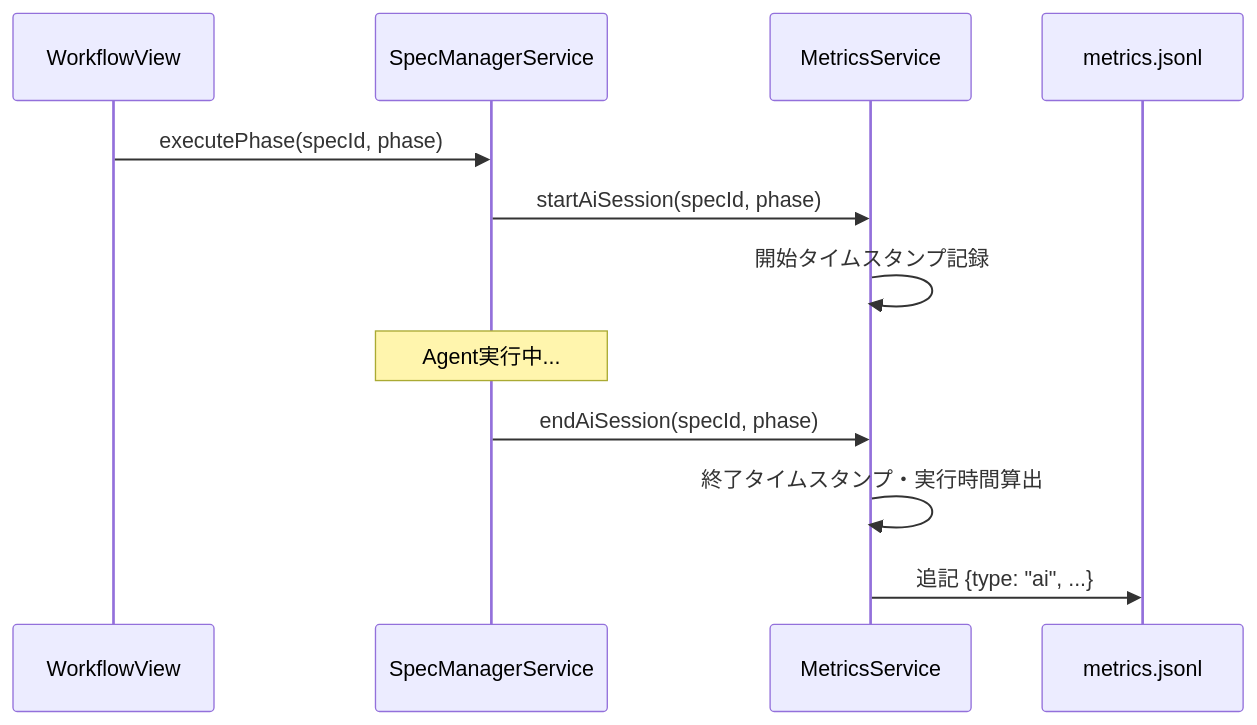
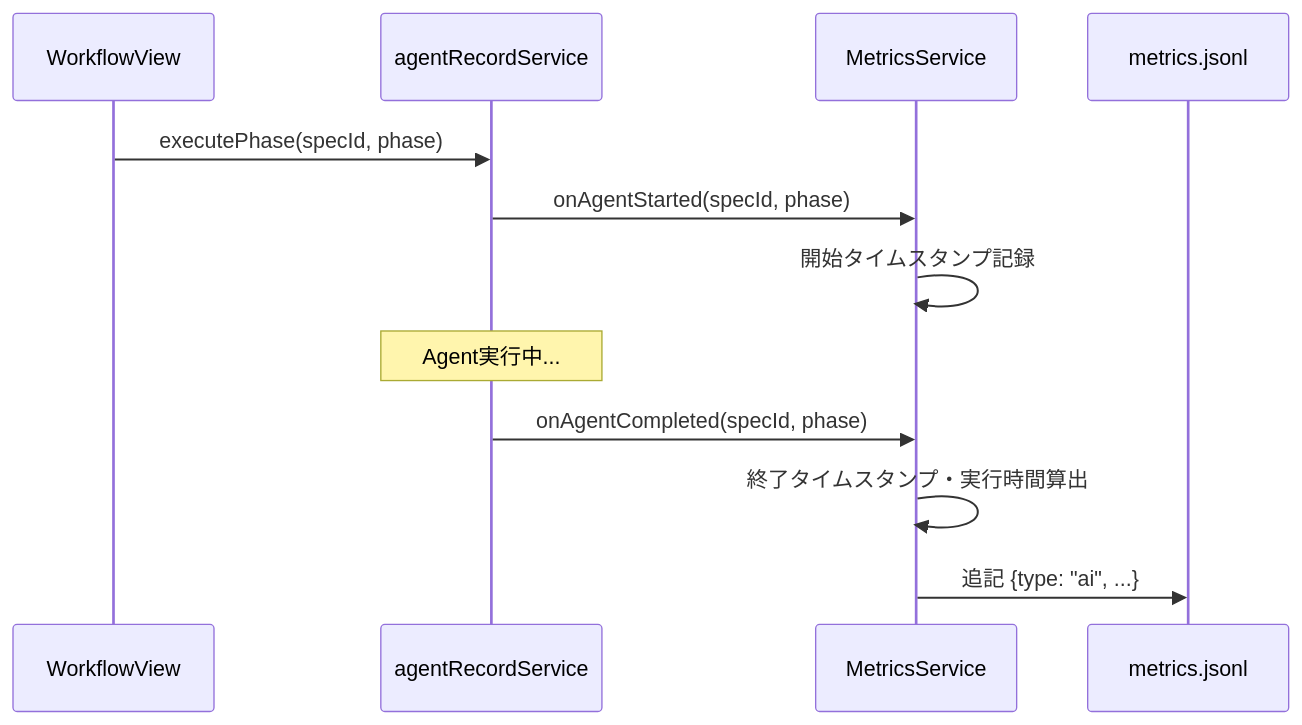
The second of 4 diagrams in .kiro/specs/spec-productivity-metrics/design.md (hummer98/sdd-orchestrator), drawn with Mermaid before and after one commit. The commit also changed other lines of this file and 2 other files, not shown here.

First line of the commit message:
docs(spec): spec-productivity-metricsの設計をagentStore/SSOT構造に整合

````diff
--- a/.kiro/specs/spec-productivity-metrics/design.md
+++ b/.kiro/specs/spec-productivity-metrics/design.md
@@ -91,17 +97,17 @@
 ```mermaid
 sequenceDiagram
     participant UI as WorkflowView
-    participant Service as SpecManagerService
+    participant Agent as agentRecordService
     participant Metrics as MetricsService
     participant File as metrics.jsonl
 
-    UI->>Service: executePhase(specId, phase)
-    Service->>Metrics: startAiSession(specId, phase)
+    UI->>Agent: executePhase(specId, phase)
+    Agent->>Metrics: onAgentStarted(specId, phase)
     Metrics->>Metrics: 開始タイムスタンプ記録
 
-    Note over Service: Agent実行中...
+    Note over Agent: Agent実行中...
 
-    Service->>Metrics: endAiSession(specId, phase)
+    Agent->>Metrics: onAgentCompleted(specId, phase)
     Metrics->>Metrics: 終了タイムスタンプ・実行時間算出
     Metrics->>File: 追記 {type: "ai", ...}
 ```
````
